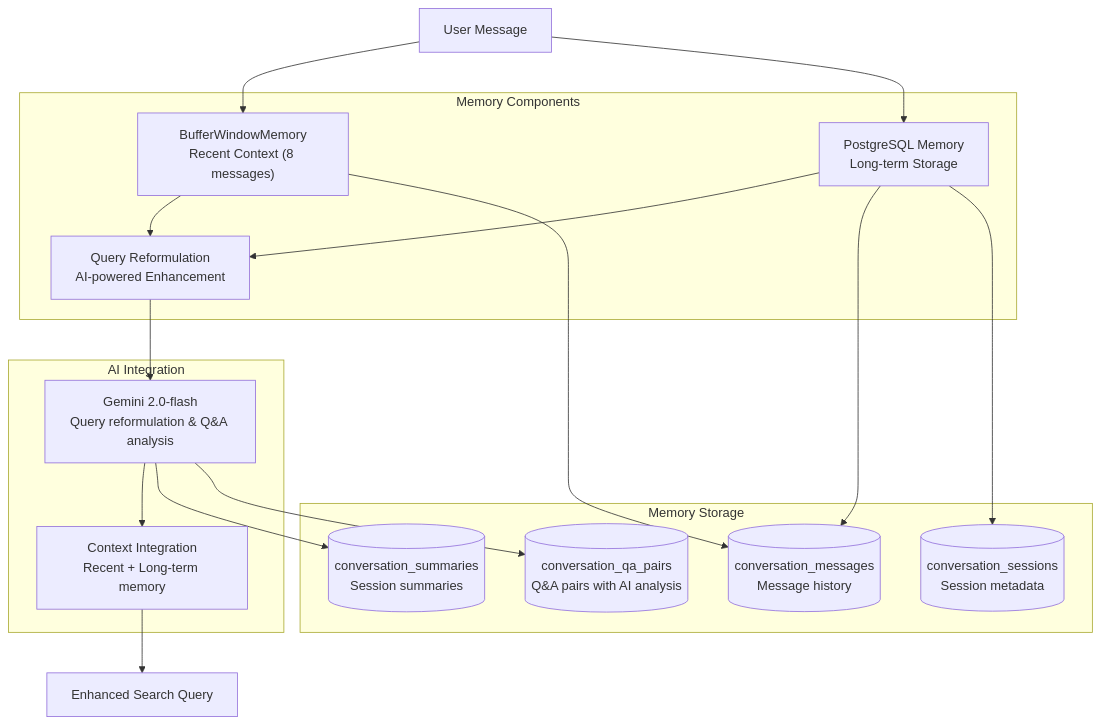
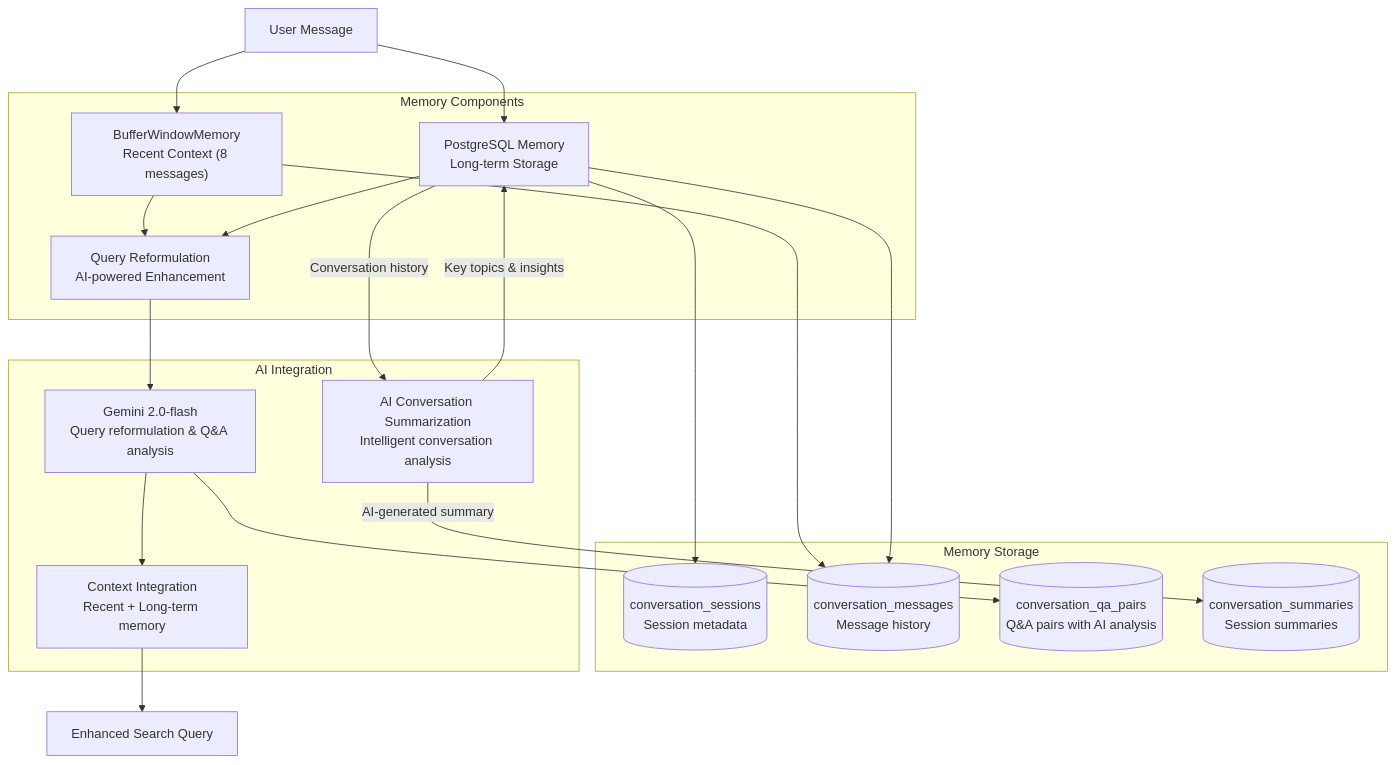
One commit to TEJ-Fellowship/pbl changed the third of 3 diagrams in PBL4/StripeCustomerSupportAgent/Backend/README.md. Above: the diagram before and after it, drawn with Mermaid. The commit also changed other lines of this file, not shown here.

Commit message:
chore: update documentation for conversation summarization

````diff
--- a/PBL4/StripeCustomerSupportAgent/Backend/README.md
+++ b/PBL4/StripeCustomerSupportAgent/Backend/README.md
@@ -133,36 +142,41 @@
 ```mermaid
 graph TB
     subgraph "Memory Components"
         BUFFER["BufferWindowMemory<br/>Recent Context (8 messages)"]
         POSTGRES_MEM["PostgreSQL Memory<br/>Long-term Storage"]
         QUERY_REFORM["Query Reformulation<br/>AI-powered Enhancement"]
     end
 
     subgraph "Memory Storage"
         SESSIONS[("conversation_sessions<br/>Session metadata")]
         MESSAGES[("conversation_messages<br/>Message history")]
         QA_PAIRS[("conversation_qa_pairs<br/>Q&A pairs with AI analysis")]
         SUMMARIES[("conversation_summaries<br/>Session summaries")]
     end
 
     subgraph "AI Integration"
         GEMINI["Gemini 2.0-flash<br/>Query reformulation & Q&A analysis"]
+        AI_SUMMARY["AI Conversation Summarization<br/>Intelligent conversation analysis"]
         CONTEXT["Context Integration<br/>Recent + Long-term memory"]
     end
 
     %% Memory flow
     USER_MSG["User Message"] --> BUFFER
     USER_MSG --> POSTGRES_MEM
     BUFFER --> QUERY_REFORM
     POSTGRES_MEM --> QUERY_REFORM
     QUERY_REFORM --> GEMINI
     GEMINI --> CONTEXT
     CONTEXT --> SEARCH["Enhanced Search Query"]
 
     %% Storage flow
     BUFFER --> MESSAGES
     POSTGRES_MEM --> MESSAGES
     POSTGRES_MEM --> SESSIONS
-    GEMINI --> SUMMARIES
     GEMINI --> QA_PAIRS
+
+    %% AI Conversation Summarization flow
+    POSTGRES_MEM -->|"Conversation history"| AI_SUMMARY
+    AI_SUMMARY -->|"AI-generated summary"| SUMMARIES
+    AI_SUMMARY -->|"Key topics & insights"| POSTGRES_MEM
 ```
````
